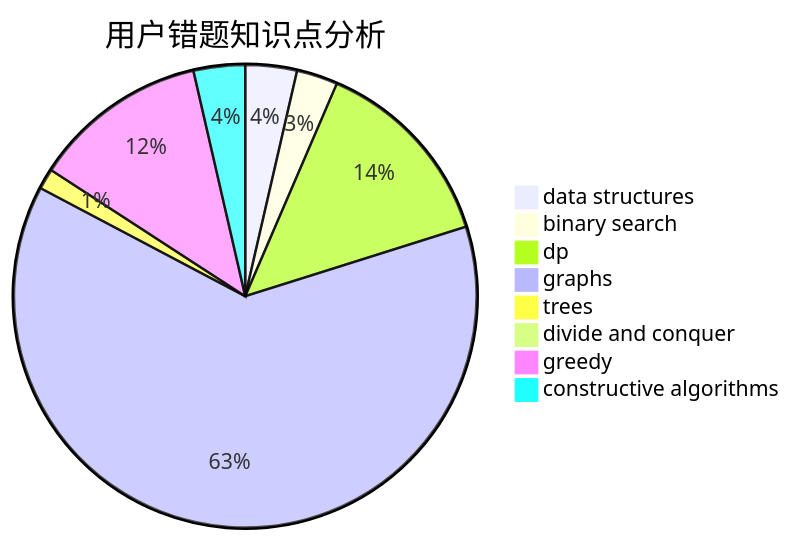
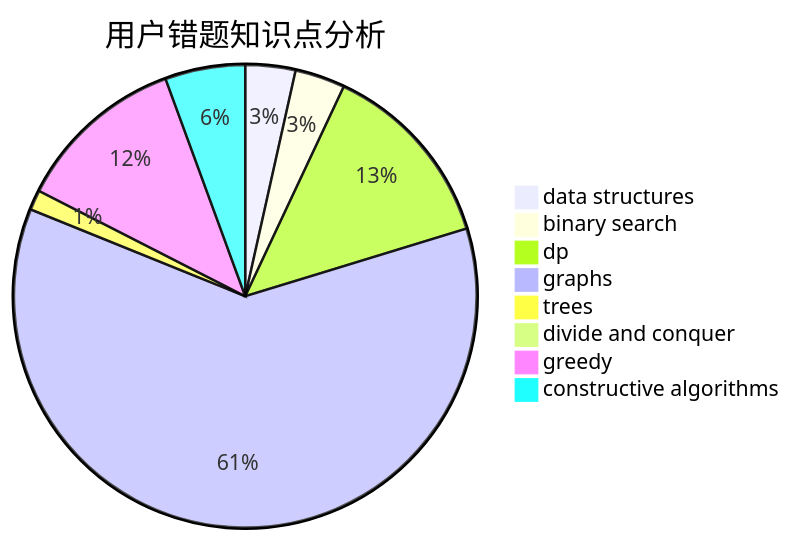
The third of 3 diagrams in docs/user/u2142.md (sherpahu/cfrs.github.io), drawn with Mermaid before and after one commit. The commit also changed other lines of this file and 2770 other files, not shown here.

````diff
--- a/docs/user/u2142.md
+++ b/docs/user/u2142.md
@@ -36,11 +36,11 @@
 ```mermaid
 pie title 用户错题知识点分析
     "data structures" :  5
-    "binary search" :  4
+    "binary search" :  5
     "dp" :  19
     "graphs" :  87
     "trees" :  2
     "divide and conquer" :  0
     "greedy" :  17
-    "constructive algorithms" :  5
+    "constructive algorithms" :  8
 ```
````
